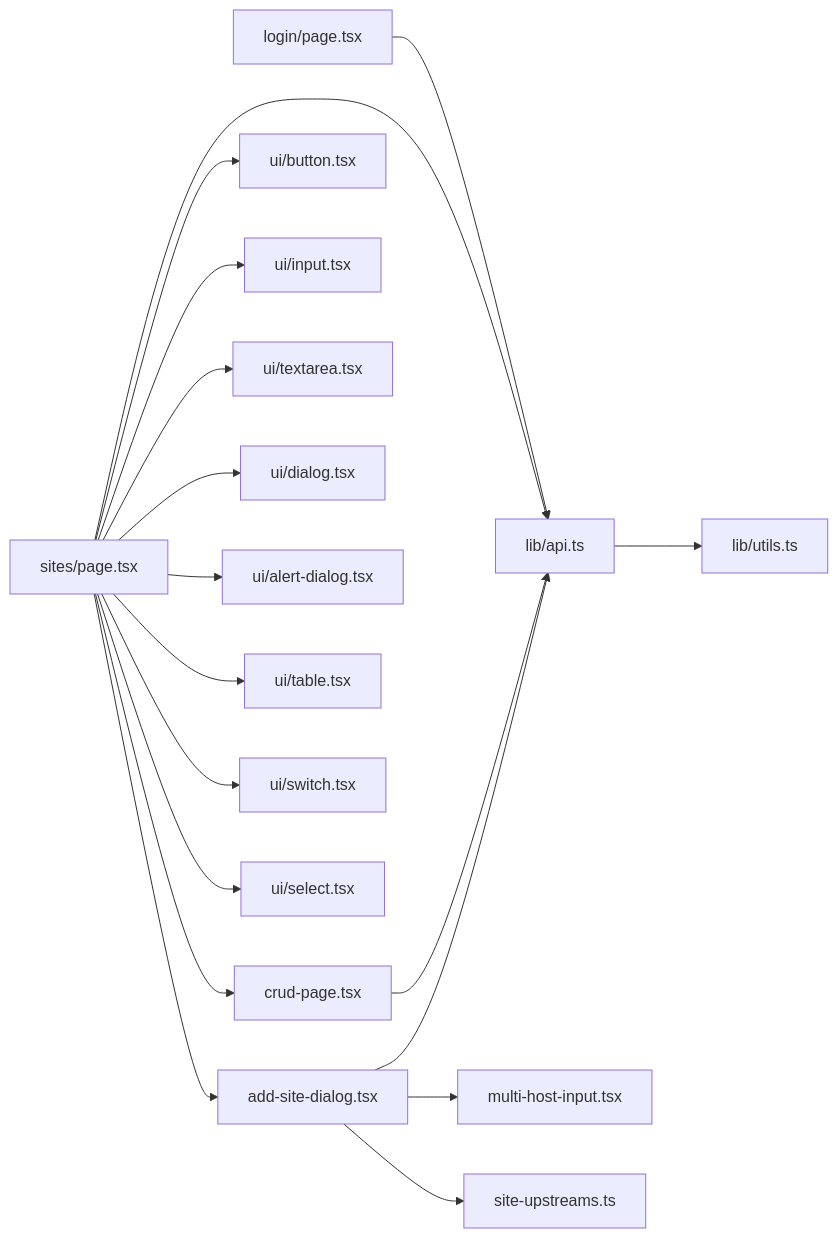
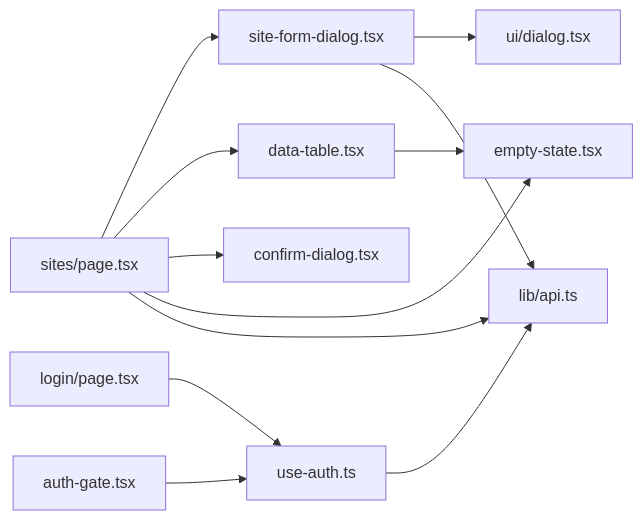
Before and after one commit to x01n/My-OpenWaf: the fourth of 4 diagrams in docs/前端管理界面/用户交互设计.md, drawn with Mermaid. The commit also changed other lines of this file and 622 other files, not shown here.

````diff
--- a/docs/前端管理界面/用户交互设计.md
+++ b/docs/前端管理界面/用户交互设计.md
@@ -278,20 +244,14 @@
 ```mermaid
 graph LR
-PAGE_SITES["sites/page.tsx"] --> D_ADD["add-site-dialog.tsx"]
-PAGE_SITES --> D_CRUD["crud-page.tsx"]
-PAGE_SITES --> UI_BTN["ui/button.tsx"]
-PAGE_SITES --> UI_INPUT["ui/input.tsx"]
-PAGE_SITES --> UI_TEXT["ui/textarea.tsx"]
-PAGE_SITES --> UI_DLG["ui/dialog.tsx"]
-PAGE_SITES --> UI_ALERT["ui/alert-dialog.tsx"]
-PAGE_SITES --> UI_TABLE["ui/table.tsx"]
-PAGE_SITES --> UI_SWITCH["ui/switch.tsx"]
-PAGE_SITES --> UI_SELECT["ui/select.tsx"]
-D_ADD --> API["lib/api.ts"]
-D_CRUD --> API
-PAGE_SITES --> API
-LOGIN["login/page.tsx"] --> API
-API --> UTILS["lib/utils.ts"]
-D_ADD --> MH["multi-host-input.tsx"]
-D_ADD --> SU["site-upstreams.ts"]
+PAGE["sites/page.tsx"] --> FORM["site-form-dialog.tsx"]
+PAGE --> DT["data-table.tsx"]
+PAGE --> CONF["confirm-dialog.tsx"]
+PAGE --> EMPTY["empty-state.tsx"]
+DT --> EMPTY
+FORM --> DLG["ui/dialog.tsx"]
+LOGIN["login/page.tsx"] --> AUTH["use-auth.ts"]
+GATE["auth-gate.tsx"] --> AUTH
+FORM --> API["lib/api.ts"]
+PAGE --> API
+AUTH --> API
 ```
````
